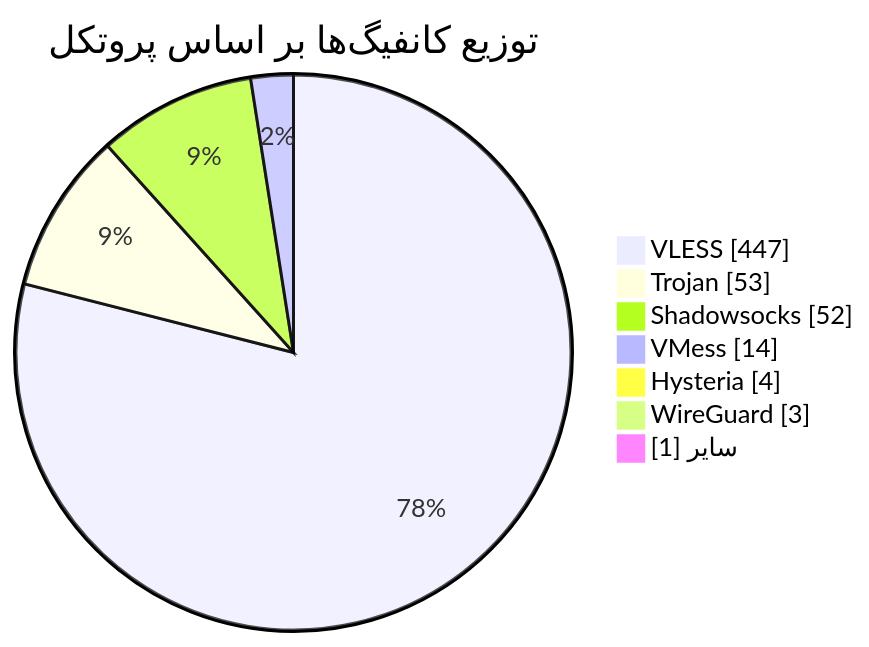
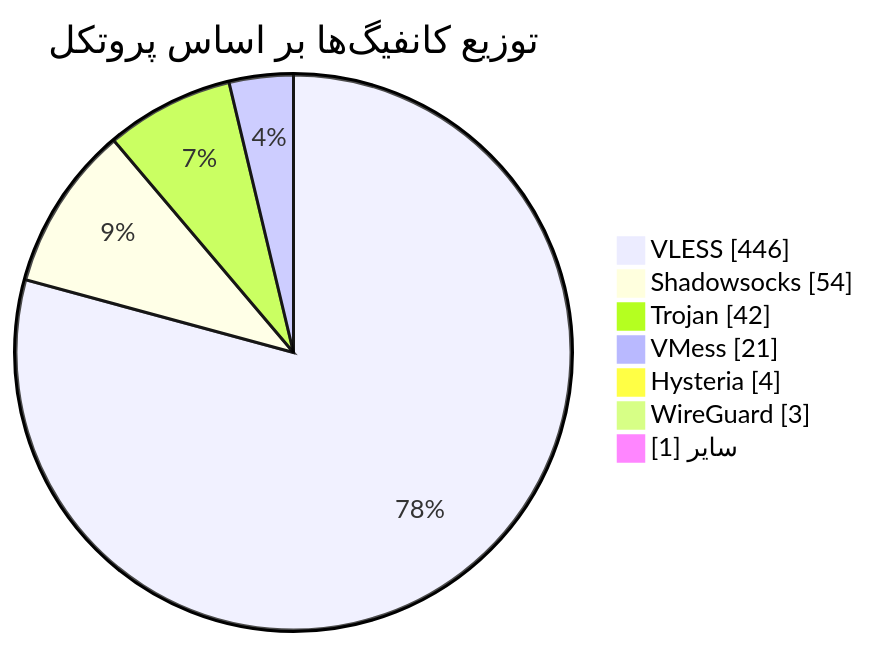
Before and after one commit to Arian-Alijani/Somthing: the diagram in README.md, drawn with Mermaid. The commit also changed other lines of this file and 15 other files, not shown here.

````diff
--- a/README.md
+++ b/README.md
@@ -49,11 +49,11 @@
 ```mermaid
 pie showData
     title توزیع کانفیگ‌ها بر اساس پروتکل
-    "VLESS" : 447
-    "Trojan" : 53
-    "Shadowsocks" : 52
-    "VMess" : 14
+    "VLESS" : 446
+    "Shadowsocks" : 54
+    "Trojan" : 42
+    "VMess" : 21
     "Hysteria" : 4
     "WireGuard" : 3
     "سایر" : 1
 ```
````
